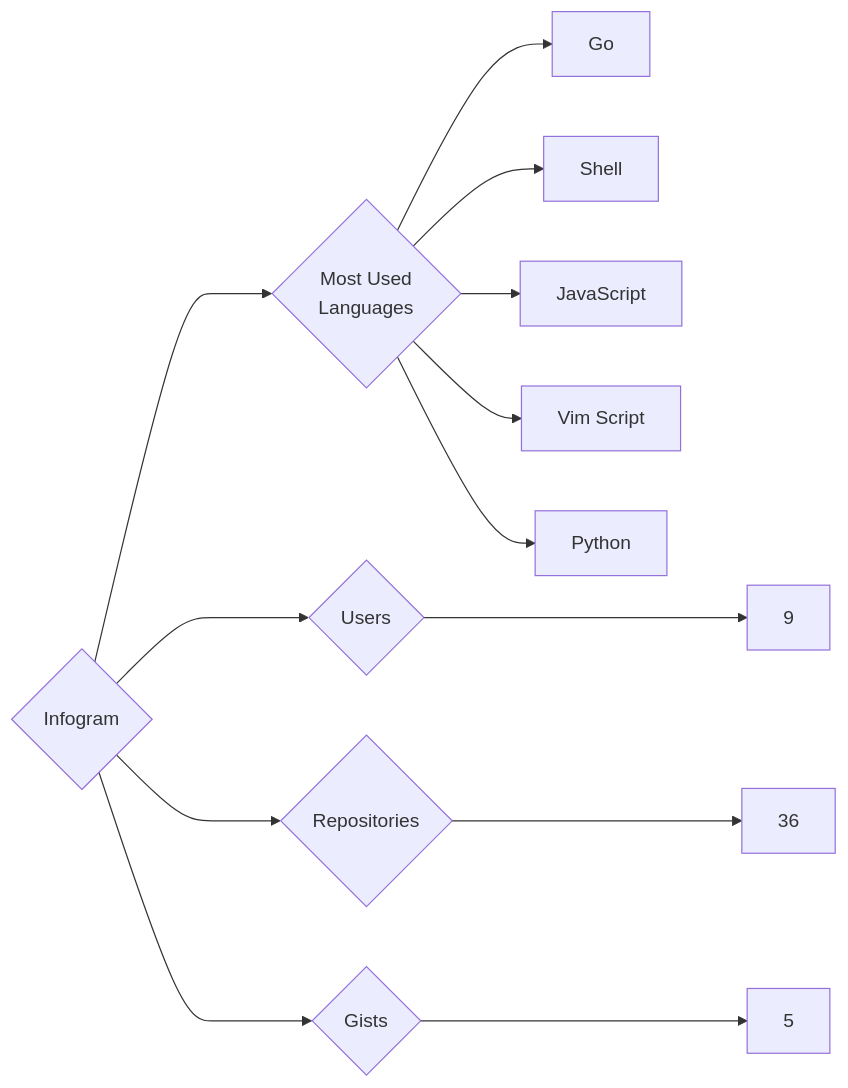
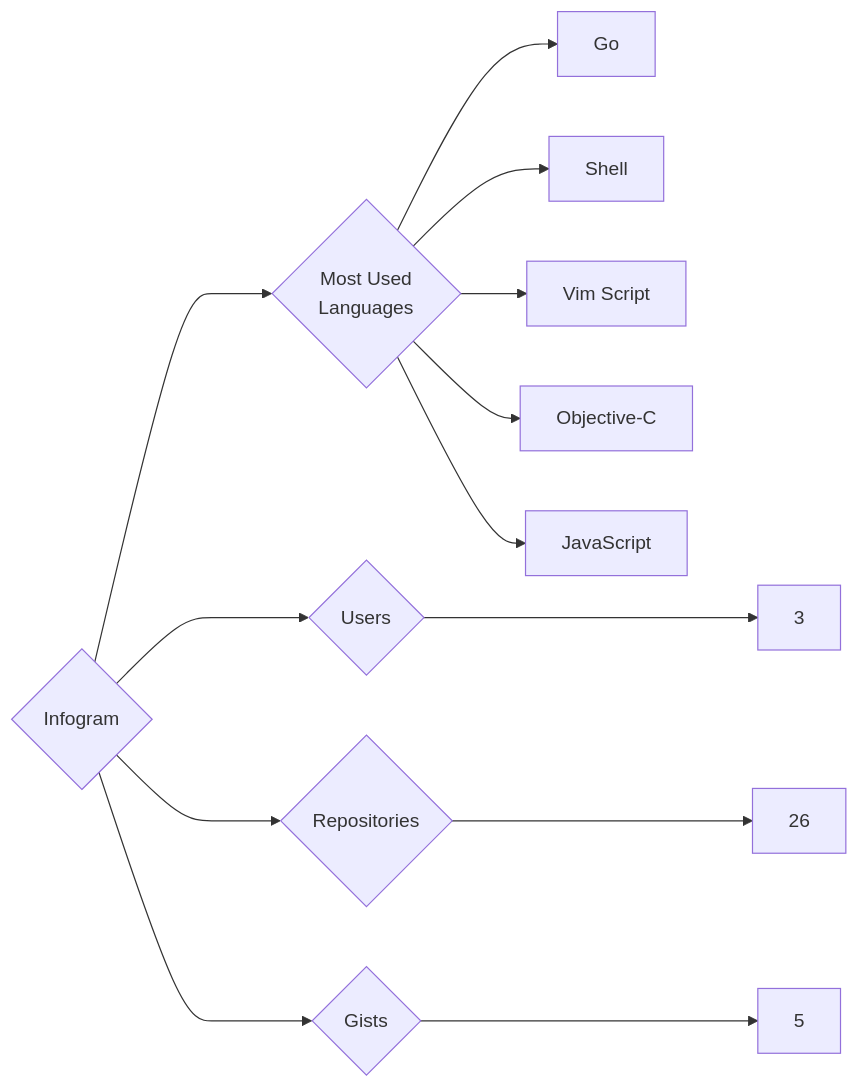
One commit to trickest/insiders changed the diagram in targets/Infogram/README.md. Above: the diagram before and after it, drawn with Mermaid. The commit also changed 998 other files, not shown here.

````diff
--- a/targets/Infogram/README.md
+++ b/targets/Infogram/README.md
@@ -3,13 +3,13 @@
 ```mermaid
 graph LR
 COMPANY_NAME{Infogram}
-COMPANY_NAME ---> U{Users} ---> UN[9]
-COMPANY_NAME ---> R{Repositories} ---> RN[36]
+COMPANY_NAME ---> U{Users} ---> UN[3]
+COMPANY_NAME ---> R{Repositories} ---> RN[26]
 COMPANY_NAME ---> G{Gists} ---> GN[5]
 COMPANY_NAME ---> ML{Most Used<br>Languages}
 ML --> Go[Go]
 ML --> Shell[Shell]
+ML --> Vim_Script[Vim Script]
+ML --> Objective-C[Objective-C]
 ML --> JavaScript[JavaScript]
-ML --> Vim_Script[Vim Script]
-ML --> Python[Python]
 ```
````
